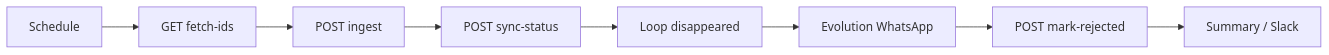
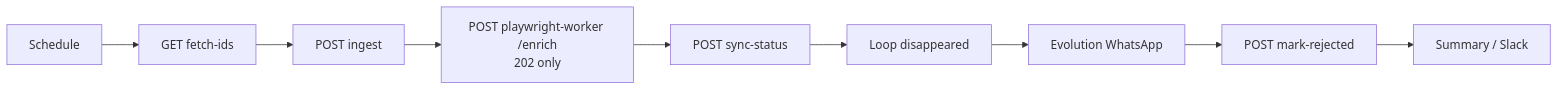
One commit to ruzzo-prog/PropRadar changed the diagram in docs/n8n_myhome_workflow.md. Above: the diagram before and after it, drawn with Mermaid. The commit also changed other lines of this file and 3 other files, not shown here.

Commit message:
docs(worker): playwright-worker ingress и n8n после Scanner PASS

````diff
--- a/docs/n8n_myhome_workflow.md
+++ b/docs/n8n_myhome_workflow.md
@@ -42,10 +43,11 @@
 ```mermaid
 flowchart LR
   T[Schedule] --> S1[GET fetch-ids]
   S1 --> S2[POST ingest]
-  S2 --> D[POST sync-status]
+  S2 --> PW[POST playwright-worker /enrich\n202 only]
+  PW --> D[POST sync-status]
   D --> L[Loop disappeared]
   L --> WA[Evolution WhatsApp]
   WA --> M[POST mark-rejected]
   M --> R[Summary / Slack]
 ```
````
